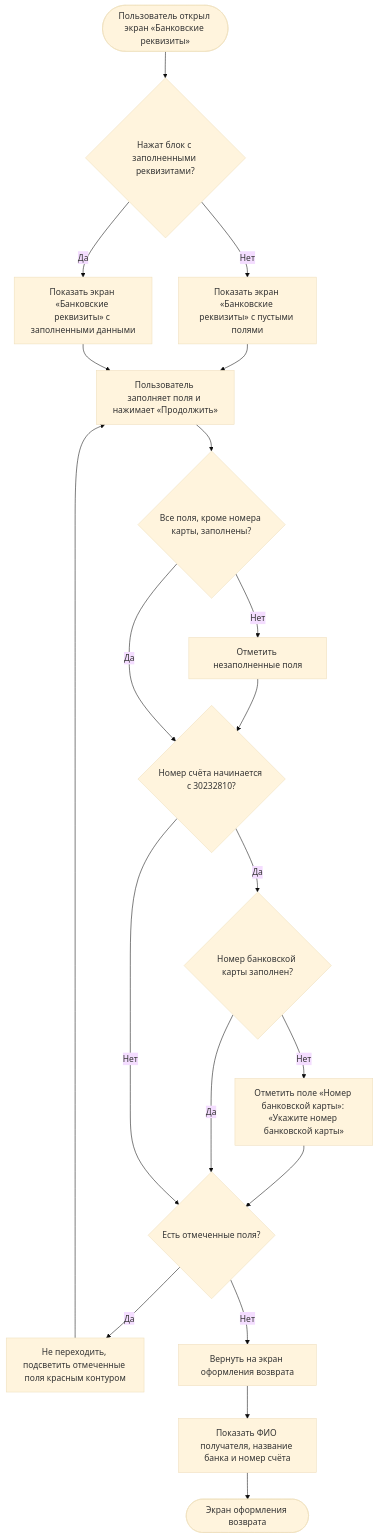
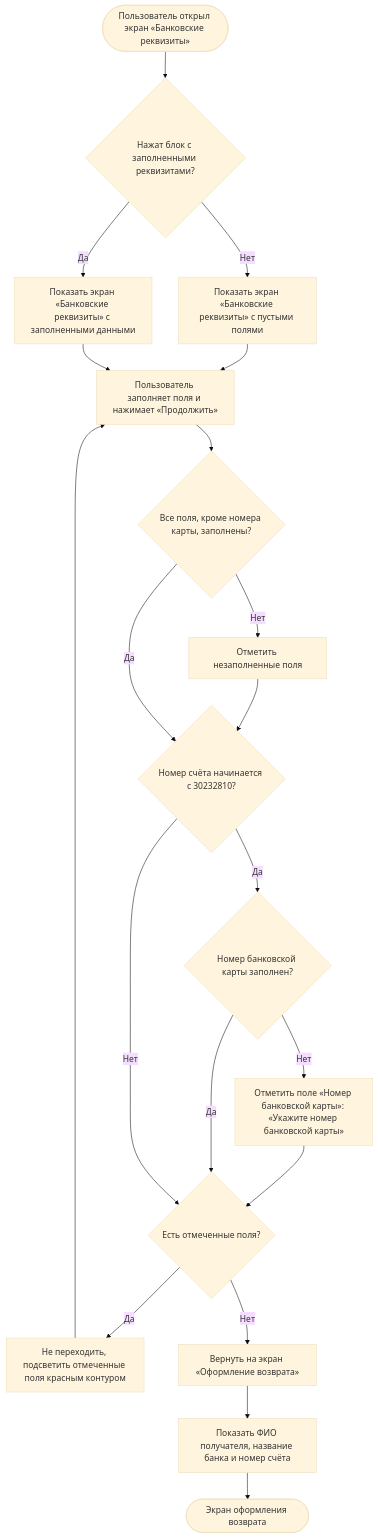
One commit to Terinss155/opencode-agents-analysis changed diagram 17 of 24 in projects/returns-2.0/requirements/srs/srs-mobile-mvp.md. Above: the diagram before and after it, drawn with Mermaid (base theme). The commit also changed other lines of this file and 135 other files, not shown here.

````diff
--- a/projects/returns-2.0/requirements/srs/srs-mobile-mvp.md
+++ b/projects/returns-2.0/requirements/srs/srs-mobile-mvp.md
@@ -908,22 +950,22 @@
 ```mermaid
 flowchart TD
     S([Пользователь открыл экран «Банковские реквизиты»]) --> E{"Нажат блок с заполненными реквизитами?"}
     E -->|Нет| E1["Показать экран «Банковские реквизиты» с пустыми полями"]
     E -->|Да| E2["Показать экран «Банковские реквизиты» с заполненными данными"]
     E1 --> F["Пользователь заполняет поля и нажимает «Продолжить»"]
     E2 --> F
     F --> V{"Все поля, кроме номера карты, заполнены?"}
     V -->|Нет| V1["Отметить незаполненные поля"]
     V1 --> G
     V -->|Да| G{"Номер счёта начинается с 30232810?"}
     G -->|Да| G1{"Номер банковской карты заполнен?"}
     G1 -->|Нет| G2["Отметить поле «Номер банковской карты»: «Укажите номер банковской карты»"]
     G2 --> X
     G1 -->|Да| X
     G -->|Нет| X{"Есть отмеченные поля?"}
     X -->|Да| X1["Не переходить, подсветить отмеченные поля красным контуром"]
     X1 --> F
-    X -->|Нет| H["Вернуть на экран оформления возврата"]
+    X -->|Нет| H["Вернуть на экран «Оформление возврата»"]
     H --> H1["Показать ФИО получателя, название банка и номер счёта"]
     H1 --> Z([Экран оформления возврата])
 ```
````
